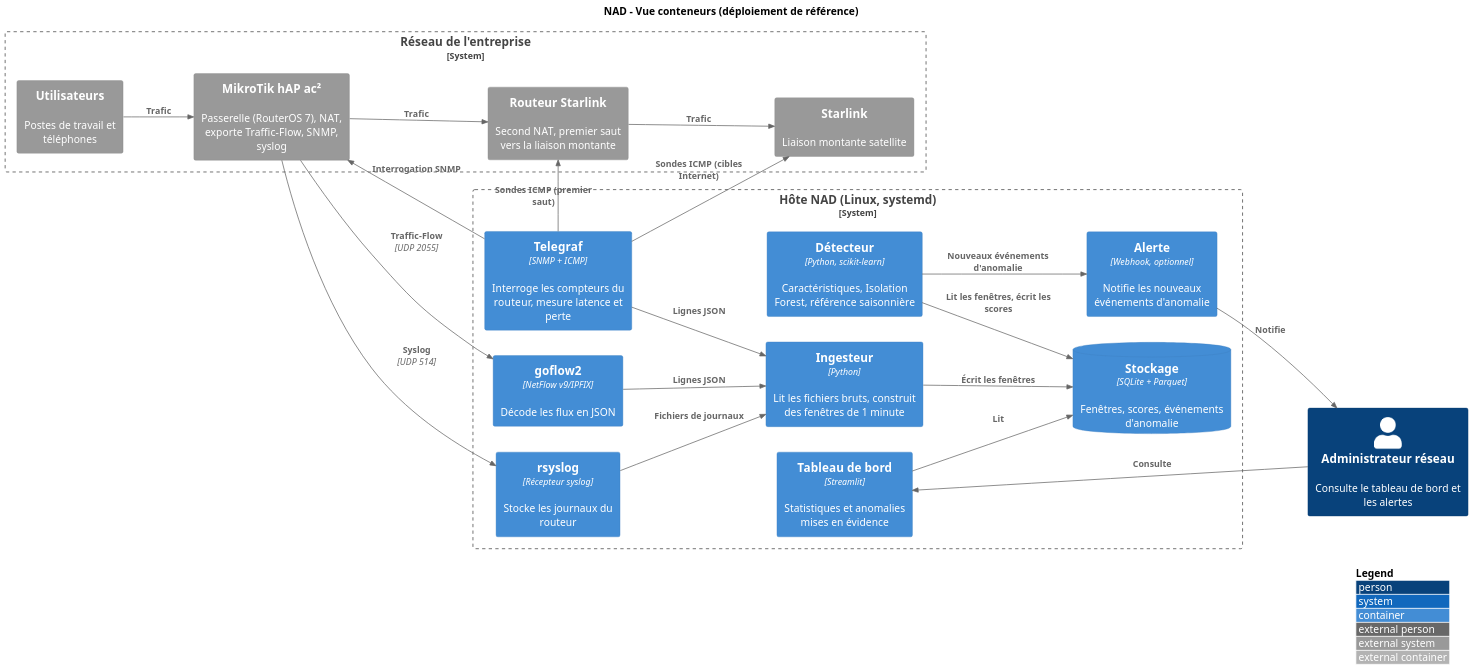
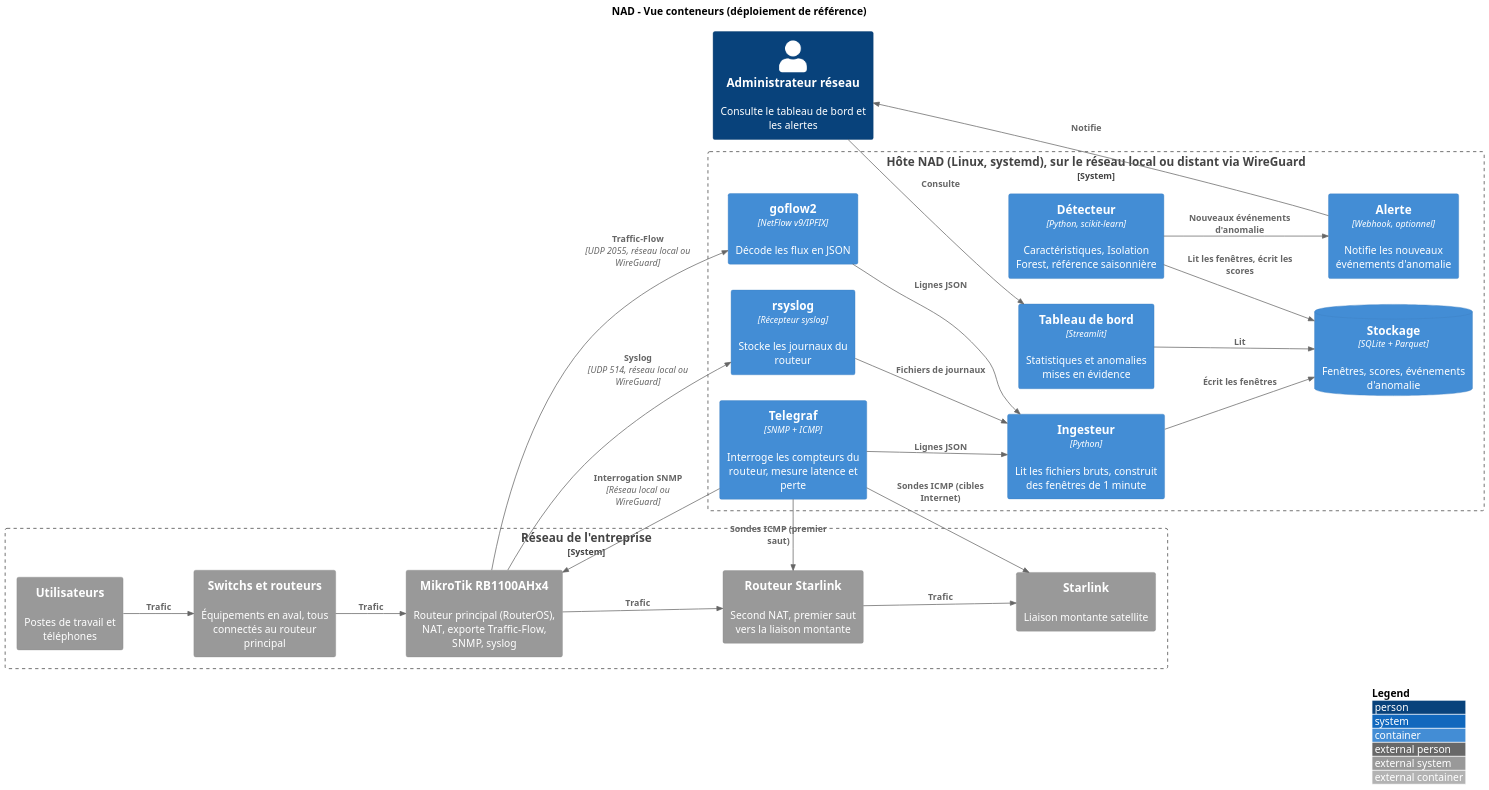
One commit to RStephanH/NAD changed the diagram in docs/diagrams/nad-containers.fr.puml. Above: the diagram before and after it, drawn with PlantUML. The commit also changed 10 other files, not shown here.

First line of the commit message:
docs: document VPS-hosted NAD architecture over WireGuard

```diff
--- a/docs/diagrams/nad-containers.fr.puml
+++ b/docs/diagrams/nad-containers.fr.puml
@@ -1,49 +1,51 @@
 @startuml nad-containers-fr
 !include <C4/C4_Container>
 LAYOUT_LEFT_RIGHT()
 LAYOUT_WITH_LEGEND()
 skinparam dpi 150
 
 title NAD - Vue conteneurs (déploiement de référence)
 
 Person(admin, "Administrateur réseau", "Consulte le tableau de bord et les alertes")
 
 System_Boundary(site, "Réseau de l'entreprise") {
   System_Ext(users, "Utilisateurs", "Postes de travail et téléphones")
-  System_Ext(gateway, "MikroTik hAP ac²", "Passerelle (RouterOS 7), NAT, exporte Traffic-Flow, SNMP, syslog")
+  System_Ext(lan, "Switchs et routeurs", "Équipements en aval, tous connectés au routeur principal")
+  System_Ext(gateway, "MikroTik RB1100AHx4", "Routeur principal (RouterOS), NAT, exporte Traffic-Flow, SNMP, syslog")
   System_Ext(slrouter, "Routeur Starlink", "Second NAT, premier saut vers la liaison montante")
   System_Ext(uplink, "Starlink", "Liaison montante satellite")
 }
 
-System_Boundary(nad, "Hôte NAD (Linux, systemd)") {
+System_Boundary(nad, "Hôte NAD (Linux, systemd), sur le réseau local ou distant via WireGuard") {
   Container(telegraf, "Telegraf", "SNMP + ICMP", "Interroge les compteurs du routeur, mesure latence et perte")
   Container(goflow, "goflow2", "NetFlow v9/IPFIX", "Décode les flux en JSON")
   Container(rsyslog, "rsyslog", "Récepteur syslog", "Stocke les journaux du routeur")
   Container(ingest, "Ingesteur", "Python", "Lit les fichiers bruts, construit des fenêtres de 1 minute")
   ContainerDb(store, "Stockage", "SQLite + Parquet", "Fenêtres, scores, événements d'anomalie")
   Container(detector, "Détecteur", "Python, scikit-learn", "Caractéristiques, Isolation Forest, référence saisonnière")
   Container(dashboard, "Tableau de bord", "Streamlit", "Statistiques et anomalies mises en évidence")
   Container(alerts, "Alerte", "Webhook, optionnel", "Notifie les nouveaux événements d'anomalie")
 }
 
-Rel(users, gateway, "Trafic")
+Rel(users, lan, "Trafic")
+Rel(lan, gateway, "Trafic")
 Rel(gateway, slrouter, "Trafic")
 Rel(slrouter, uplink, "Trafic")
 
-Rel(telegraf, gateway, "Interrogation SNMP")
+Rel(telegraf, gateway, "Interrogation SNMP", "Réseau local ou WireGuard")
 Rel(telegraf, slrouter, "Sondes ICMP (premier saut)")
 Rel(telegraf, uplink, "Sondes ICMP (cibles Internet)")
-Rel(gateway, goflow, "Traffic-Flow", "UDP 2055")
-Rel(gateway, rsyslog, "Syslog", "UDP 514")
+Rel(gateway, goflow, "Traffic-Flow", "UDP 2055, réseau local ou WireGuard")
+Rel(gateway, rsyslog, "Syslog", "UDP 514, réseau local ou WireGuard")
 
 Rel(telegraf, ingest, "Lignes JSON")
 Rel(goflow, ingest, "Lignes JSON")
 Rel(rsyslog, ingest, "Fichiers de journaux")
 Rel(ingest, store, "Écrit les fenêtres")
 Rel(detector, store, "Lit les fenêtres, écrit les scores")
 Rel(dashboard, store, "Lit")
 Rel(detector, alerts, "Nouveaux événements d'anomalie")
 
 Rel(admin, dashboard, "Consulte")
 Rel(alerts, admin, "Notifie")
 @enduml
```
